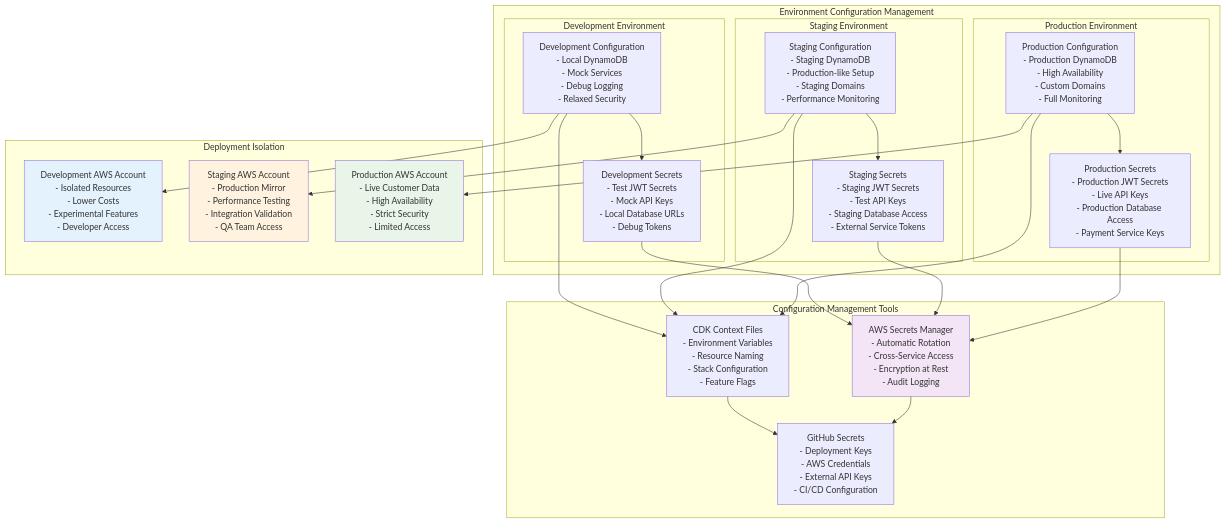
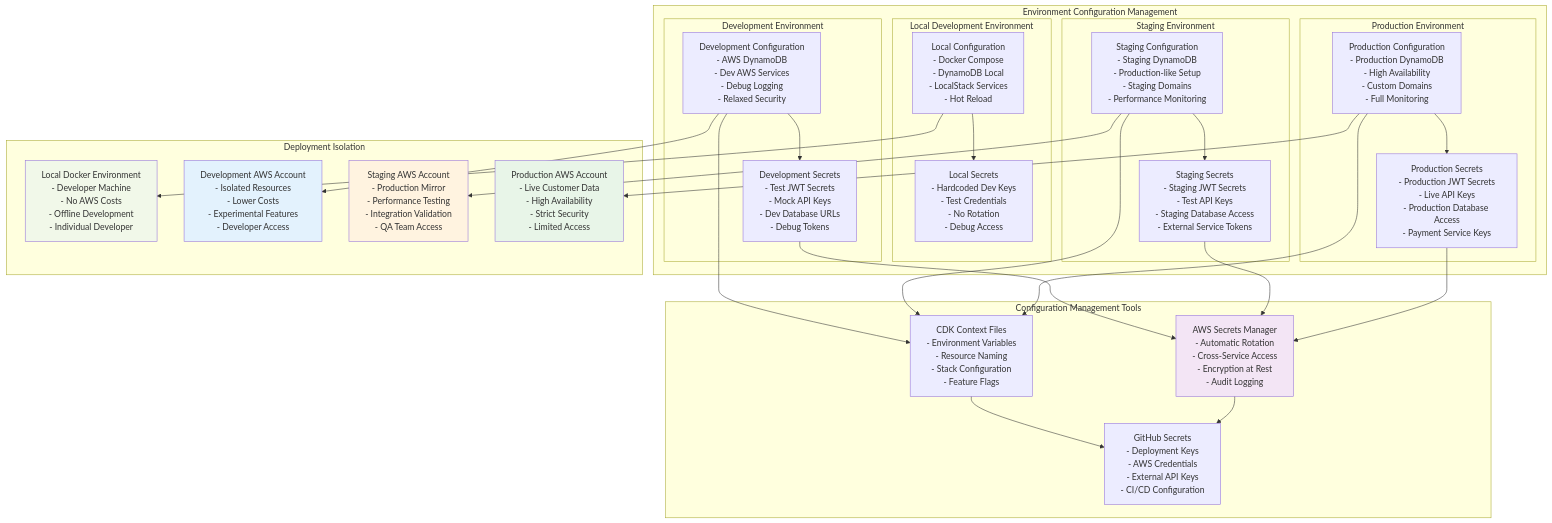
The sixth of 6 diagrams in docs/architecture/infrastructure-deployment.md (felixep/harborlist-marketplace), drawn with Mermaid before and after one commit. The commit also changed 18 other files, not shown here.

````diff
--- a/docs/architecture/infrastructure-deployment.md
+++ b/docs/architecture/infrastructure-deployment.md
@@ -380,61 +380,73 @@
 ```mermaid
 graph TB
     subgraph "Environment Configuration Management"
+        subgraph "Local Development Environment"
+            LocalConfig[Local Configuration<br/>- Docker Compose<br/>- DynamoDB Local<br/>- LocalStack Services<br/>- Hot Reload]
+            
+            LocalSecrets[Local Secrets<br/>- Hardcoded Dev Keys<br/>- Test Credentials<br/>- No Rotation<br/>- Debug Access]
+        end
+        
         subgraph "Development Environment"
-            DevConfig[Development Configuration<br/>- Local DynamoDB<br/>- Mock Services<br/>- Debug Logging<br/>- Relaxed Security]
+            DevConfig[Development Configuration<br/>- AWS DynamoDB<br/>- Dev AWS Services<br/>- Debug Logging<br/>- Relaxed Security]
             
-            DevSecrets[Development Secrets<br/>- Test JWT Secrets<br/>- Mock API Keys<br/>- Local Database URLs<br/>- Debug Tokens]
+            DevSecrets[Development Secrets<br/>- Test JWT Secrets<br/>- Mock API Keys<br/>- Dev Database URLs<br/>- Debug Tokens]
         end
         
         subgraph "Staging Environment"
             StagingConfig[Staging Configuration<br/>- Staging DynamoDB<br/>- Production-like Setup<br/>- Staging Domains<br/>- Performance Monitoring]
             
             StagingSecrets[Staging Secrets<br/>- Staging JWT Secrets<br/>- Test API Keys<br/>- Staging Database Access<br/>- External Service Tokens]
         end
         
         subgraph "Production Environment"
             ProdConfig[Production Configuration<br/>- Production DynamoDB<br/>- High Availability<br/>- Custom Domains<br/>- Full Monitoring]
             
             ProdSecrets[Production Secrets<br/>- Production JWT Secrets<br/>- Live API Keys<br/>- Production Database Access<br/>- Payment Service Keys]
         end
     end
     
     subgraph "Configuration Management Tools"
         AWSSecretsManager[AWS Secrets Manager<br/>- Automatic Rotation<br/>- Cross-Service Access<br/>- Encryption at Rest<br/>- Audit Logging]
         
         CDKContext[CDK Context Files<br/>- Environment Variables<br/>- Resource Naming<br/>- Stack Configuration<br/>- Feature Flags]
         
         GitHubSecrets[GitHub Secrets<br/>- Deployment Keys<br/>- AWS Credentials<br/>- External API Keys<br/>- CI/CD Configuration]
     end
     
     subgraph "Deployment Isolation"
+        LocalDocker[Local Docker Environment<br/>- Developer Machine<br/>- No AWS Costs<br/>- Offline Development<br/>- Individual Developer]
+        
         DevAWS[Development AWS Account<br/>- Isolated Resources<br/>- Lower Costs<br/>- Experimental Features<br/>- Developer Access]
         
         StagingAWS[Staging AWS Account<br/>- Production Mirror<br/>- Performance Testing<br/>- Integration Validation<br/>- QA Team Access]
         
         ProdAWS[Production AWS Account<br/>- Live Customer Data<br/>- High Availability<br/>- Strict Security<br/>- Limited Access]
     end
+    
+    LocalConfig --> LocalSecrets
+    LocalConfig --> LocalDocker
     
     DevConfig --> DevSecrets
     DevSecrets --> AWSSecretsManager
     DevConfig --> CDKContext
     DevConfig --> DevAWS
     
     StagingConfig --> StagingSecrets
     StagingSecrets --> AWSSecretsManager
     StagingConfig --> CDKContext
     StagingConfig --> StagingAWS
     
     ProdConfig --> ProdSecrets
     ProdSecrets --> AWSSecretsManager
     ProdConfig --> CDKContext
     ProdConfig --> ProdAWS
     
     CDKContext --> GitHubSecrets
     AWSSecretsManager --> GitHubSecrets
     
+    style LocalDocker fill:#f1f8e9
     style DevAWS fill:#e3f2fd
     style StagingAWS fill:#fff3e0
     style ProdAWS fill:#e8f5e8
     style AWSSecretsManager fill:#f3e5f5
 ```
````
